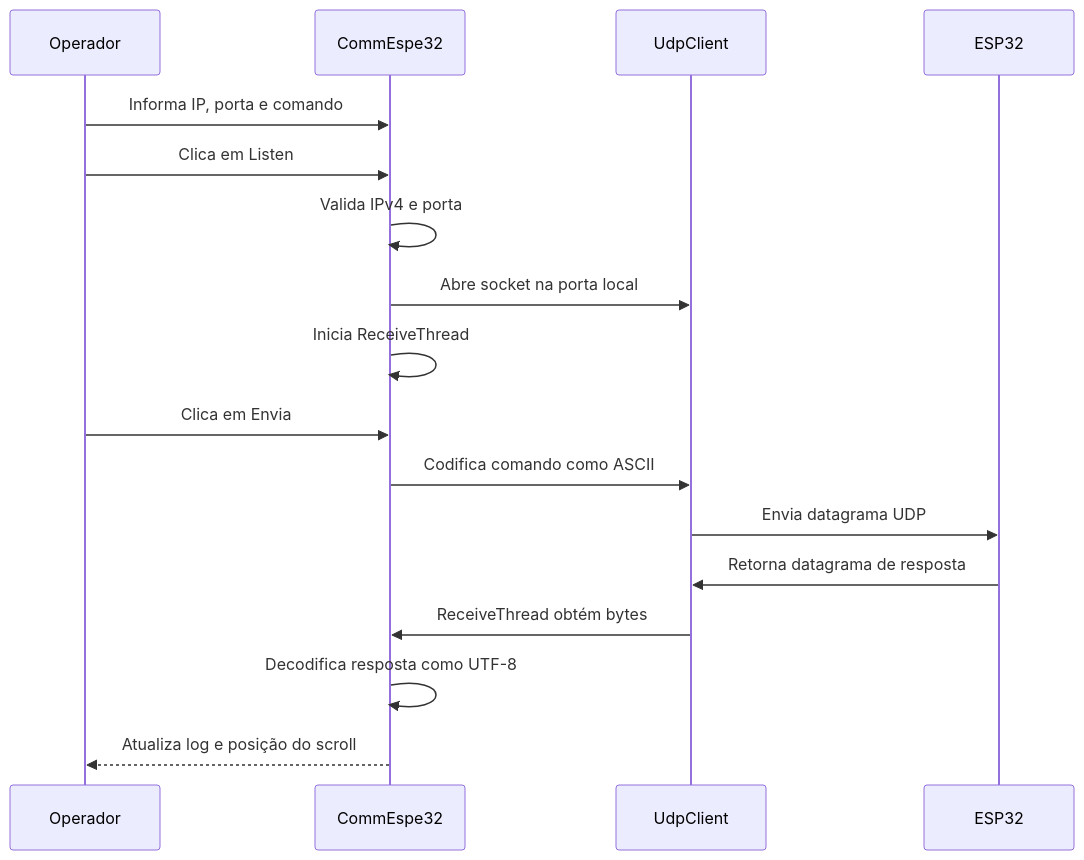
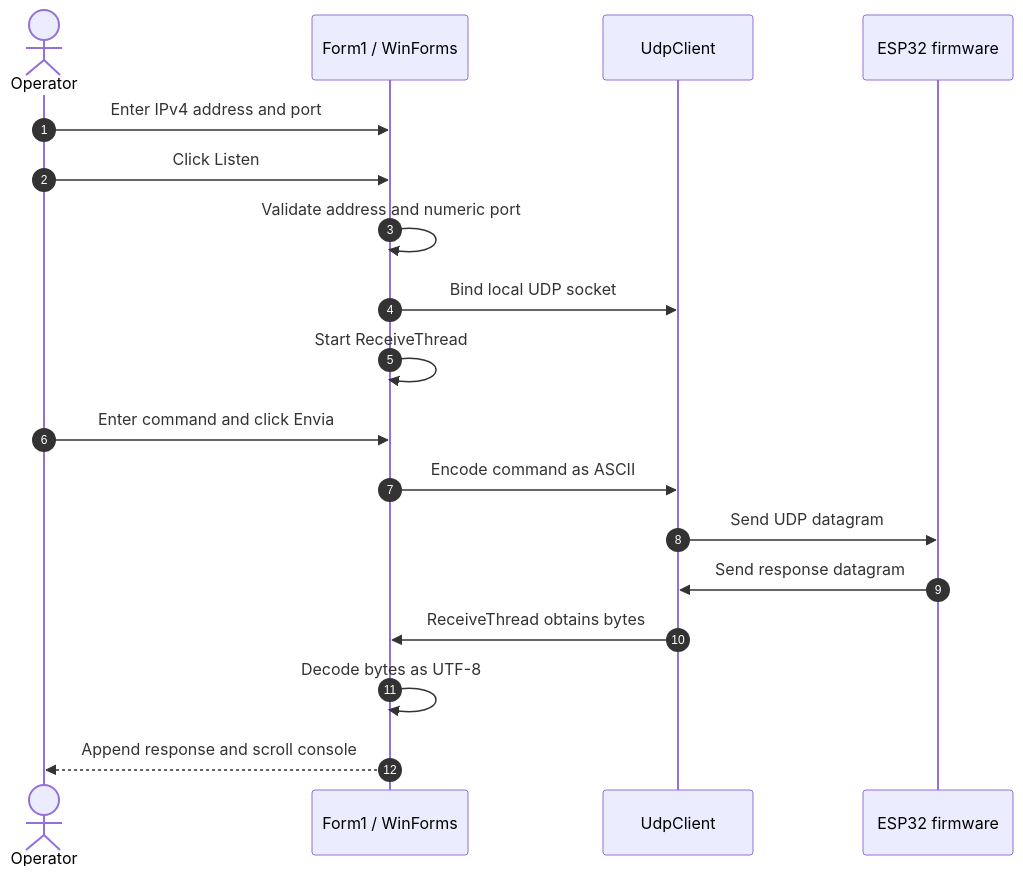
Before and after one commit to paulocfmarques-collab/esp32-Comm: the second of 2 diagrams in README.md, drawn with Mermaid. The commit also changed other lines of this file, not shown here.

Commit message:
docs: professionally redesign README with architecture and data-flow diagrams

````diff
--- a/README.md
+++ b/README.md
@@ -119,20 +119,21 @@
 ```mermaid
 sequenceDiagram
-    participant O as Operador
-    participant UI as CommEspe32
+    autonumber
+    actor User as Operator
+    participant UI as Form1 / WinForms
     participant UDP as UdpClient
-    participant E as ESP32
+    participant ESP as ESP32 firmware
 
-    O->>UI: Informa IP, porta e comando
-    O->>UI: Clica em Listen
-    UI->>UI: Valida IPv4 e porta
-    UI->>UDP: Abre socket na porta local
-    UI->>UI: Inicia ReceiveThread
-    O->>UI: Clica em Envia
-    UI->>UDP: Codifica comando como ASCII
-    UDP->>E: Envia datagrama UDP
-    E->>UDP: Retorna datagrama de resposta
-    UDP->>UI: ReceiveThread obtém bytes
-    UI->>UI: Decodifica resposta como UTF-8
-    UI-->>O: Atualiza log e posição do scroll
+    User->>UI: Enter IPv4 address and port
+    User->>UI: Click Listen
+    UI->>UI: Validate address and numeric port
+    UI->>UDP: Bind local UDP socket
+    UI->>UI: Start ReceiveThread
+    User->>UI: Enter command and click Envia
+    UI->>UDP: Encode command as ASCII
+    UDP->>ESP: Send UDP datagram
+    ESP->>UDP: Send response datagram
+    UDP->>UI: ReceiveThread obtains bytes
+    UI->>UI: Decode bytes as UTF-8
+    UI-->>User: Append response and scroll console
 ```
````
